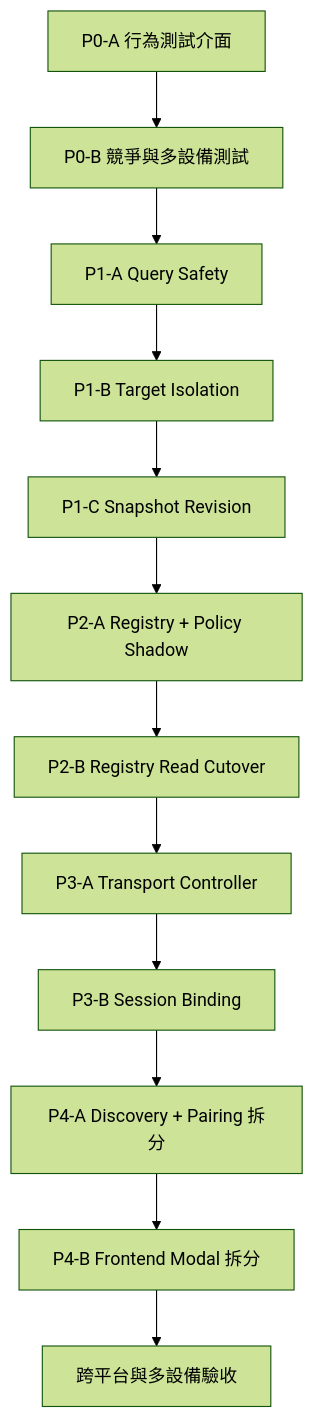
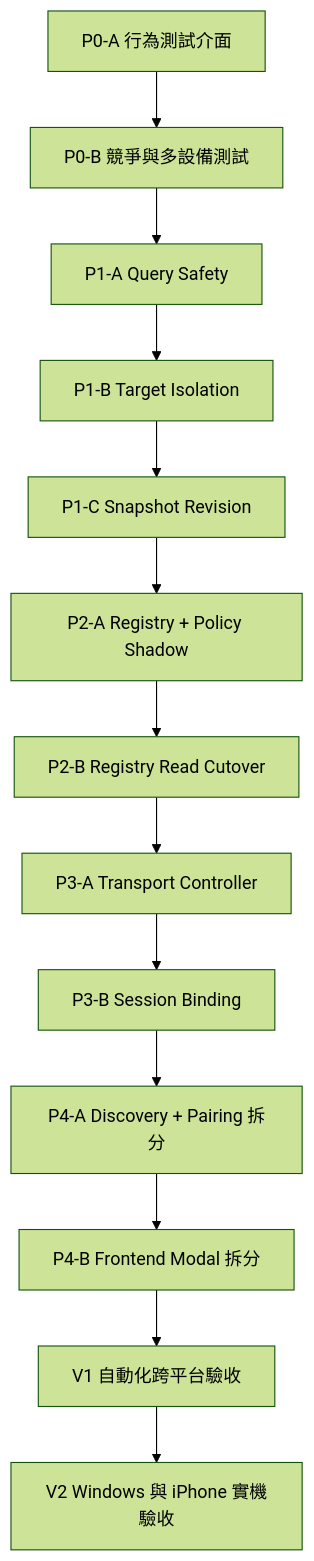
One commit to WeiYuanLee/ArcWayfarer changed the diagram in docs/device-management-implementation-plan.zh-TW.md. Above: the diagram before and after it, drawn with Mermaid (forest theme). The commit also changed other lines of this file and 4 other files, not shown here.

````diff
--- a/docs/device-management-implementation-plan.zh-TW.md
+++ b/docs/device-management-implementation-plan.zh-TW.md
@@ -50,14 +53,15 @@
 ```mermaid
 flowchart TD
     P0A[P0-A 行為測試介面] --> P0B[P0-B 競爭與多設備測試]
     P0B --> P1A[P1-A Query Safety]
     P1A --> P1B[P1-B Target Isolation]
     P1B --> P1C[P1-C Snapshot Revision]
     P1C --> P2A[P2-A Registry + Policy Shadow]
     P2A --> P2B[P2-B Registry Read Cutover]
     P2B --> P3A[P3-A Transport Controller]
     P3A --> P3B[P3-B Session Binding]
     P3B --> P4A[P4-A Discovery + Pairing 拆分]
     P4A --> P4B[P4-B Frontend Modal 拆分]
-    P4B --> V[跨平台與多設備驗收]
+    P4B --> V1[V1 自動化跨平台驗收]
+    V1 --> V2[V2 Windows 與 iPhone 實機驗收]
 ```
````
